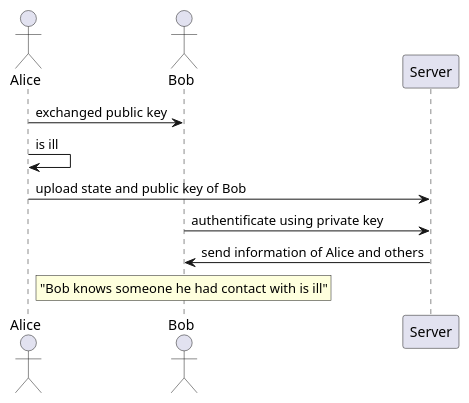
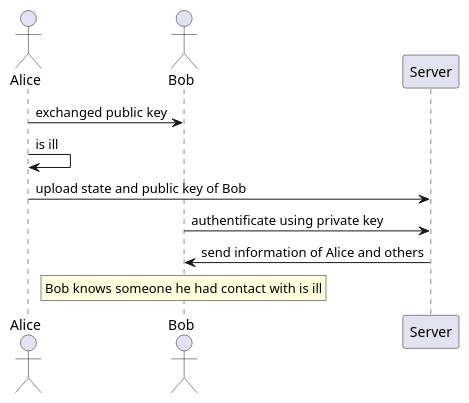
One commit to chriamue/corona-diary changed the diagram in diagrams/log_wellbeing.puml. Above: the diagram before and after it, drawn with PlantUML. The commit also changed 2 other files, not shown here.

Commit message:
added validate diagram

```diff
--- a/diagrams/log_wellbeing.puml
+++ b/diagrams/log_wellbeing.puml
@@ -1,14 +1,14 @@
 @startuml log_wellbeing
 Actor Alice
 Actor Bob
 
 Alice -> Bob : exchanged public key
 Alice -> Alice : is ill
 Alice -> Server : upload state and public key of Bob
 Bob -> Server : authentificate using private key
 Server -> Bob : send information of Alice and others
 rnote over Bob
- "Bob knows someone he had contact with is ill"
+ Bob knows someone he had contact with is ill
 endrnote
 
 @enduml
```
